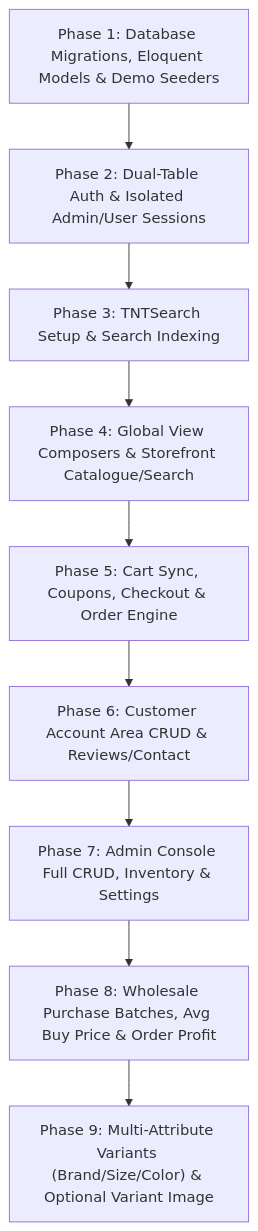
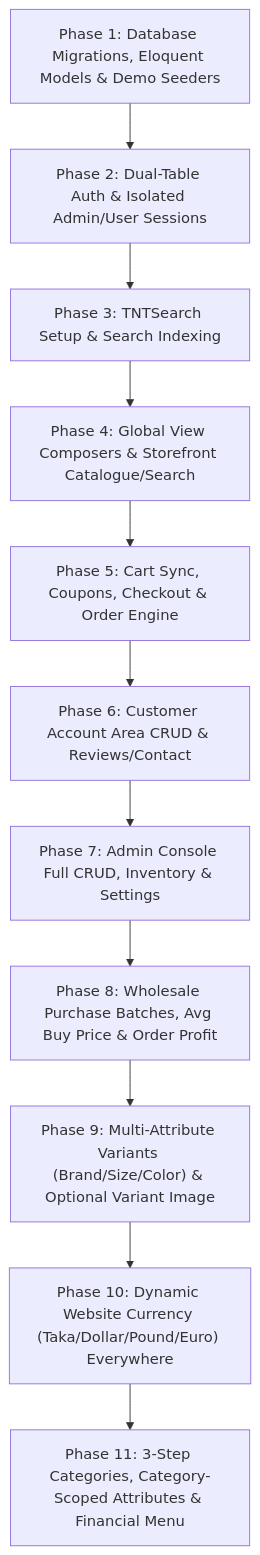
The diagram in docs/07-step-by-step-backend-development-plan.md (ripon-coder/the-everbloom), drawn with Mermaid before and after one commit. The commit also changed other lines of this file and 45 other files, not shown here.

````diff
--- a/docs/07-step-by-step-backend-development-plan.md
+++ b/docs/07-step-by-step-backend-development-plan.md
@@ -19,11 +24,13 @@
 ```mermaid
 flowchart TD
     P1["Phase 1: Database Migrations, Eloquent Models & Demo Seeders"] --> P2["Phase 2: Dual-Table Auth & Isolated Admin/User Sessions"]
     P2 --> P3["Phase 3: TNTSearch Setup & Search Indexing"]
     P3 --> P4["Phase 4: Global View Composers & Storefront Catalogue/Search"]
     P4 --> P5["Phase 5: Cart Sync, Coupons, Checkout & Order Engine"]
     P5 --> P6["Phase 6: Customer Account Area CRUD & Reviews/Contact"]
     P6 --> P7["Phase 7: Admin Console Full CRUD, Inventory & Settings"]
     P7 --> P8["Phase 8: Wholesale Purchase Batches, Avg Buy Price & Order Profit"]
     P8 --> P9["Phase 9: Multi-Attribute Variants (Brand/Size/Color) & Optional Variant Image"]
+    P9 --> P10["Phase 10: Dynamic Website Currency (Taka/Dollar/Pound/Euro) Everywhere"]
+    P10 --> P11["Phase 11: 3-Step Categories, Category-Scoped Attributes & Financial Menu"]
 ```
````
